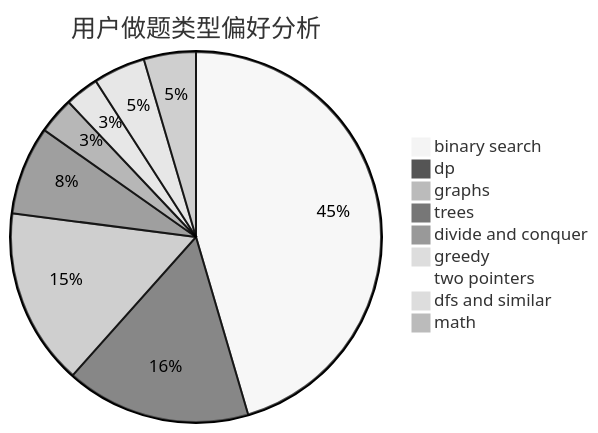
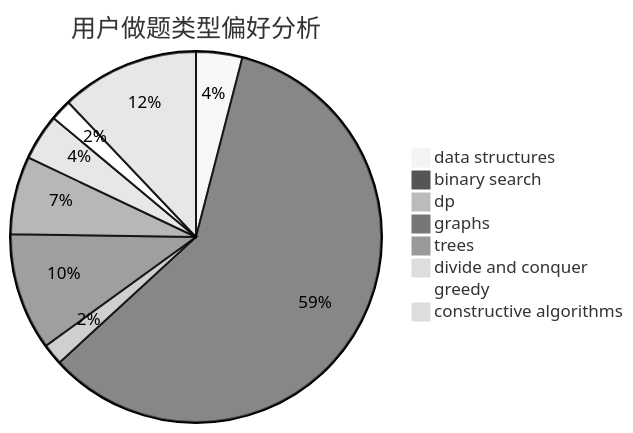
Before and after one commit to sherpahu/cfrs.github.io: the second of 3 diagrams in docs/user/u2545.md, drawn with Mermaid (neutral theme). The commit also changed other lines of this file and 2775 other files, not shown here.

````diff
--- a/docs/user/u2545.md
+++ b/docs/user/u2545.md
@@ -23,12 +23,11 @@
 ```mermaid
 pie title 用户做题类型偏好分析
-    "binary search" :  200
-    "dp" :  71
-    "graphs" :  68
-    "trees" :  34
-    "divide and conquer" :  14
-    "greedy" :  13
-    "two pointers" :  4
-    "dfs and similar" :  20
-    "math" :  20
+    "data structures" :  13
+    "binary search" :  191
+    "dp" :  6
+    "graphs" :  33
+    "trees" :  22
+    "divide and conquer" :  13
+    "greedy" :  6
+    "constructive algorithms" :  39
 ```
````
